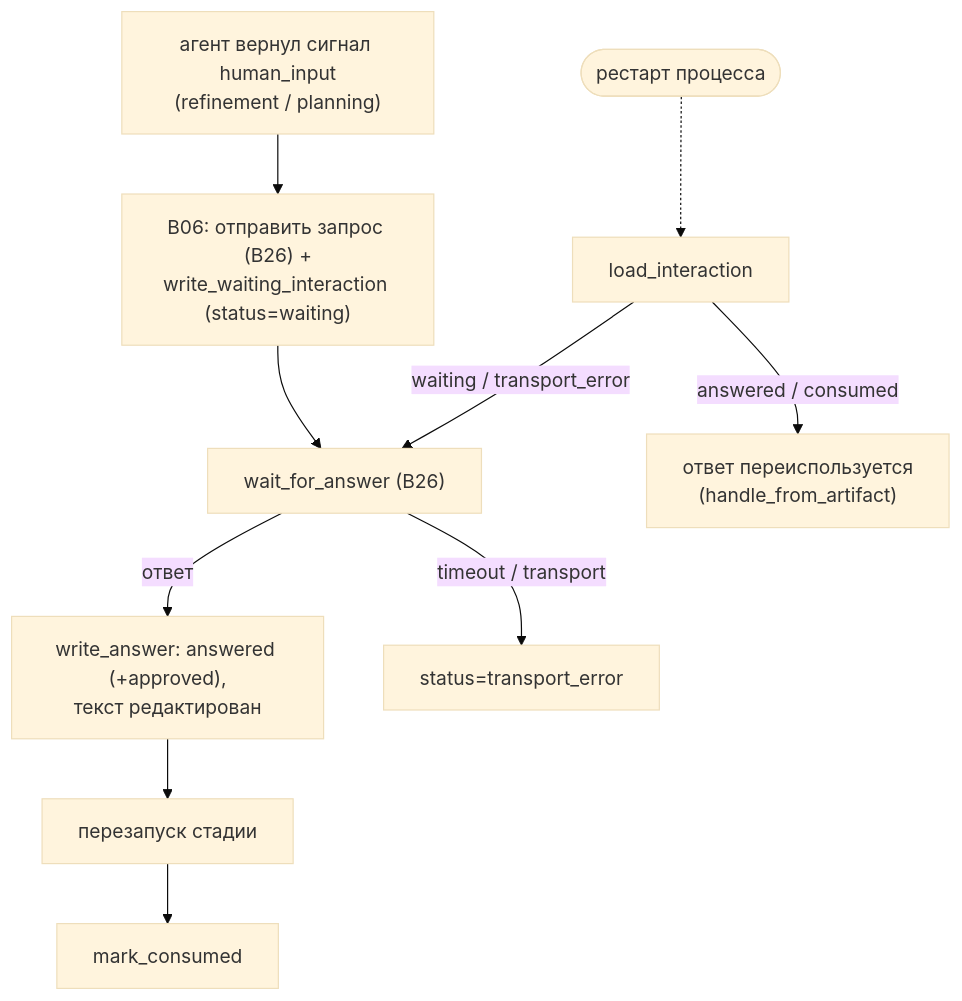
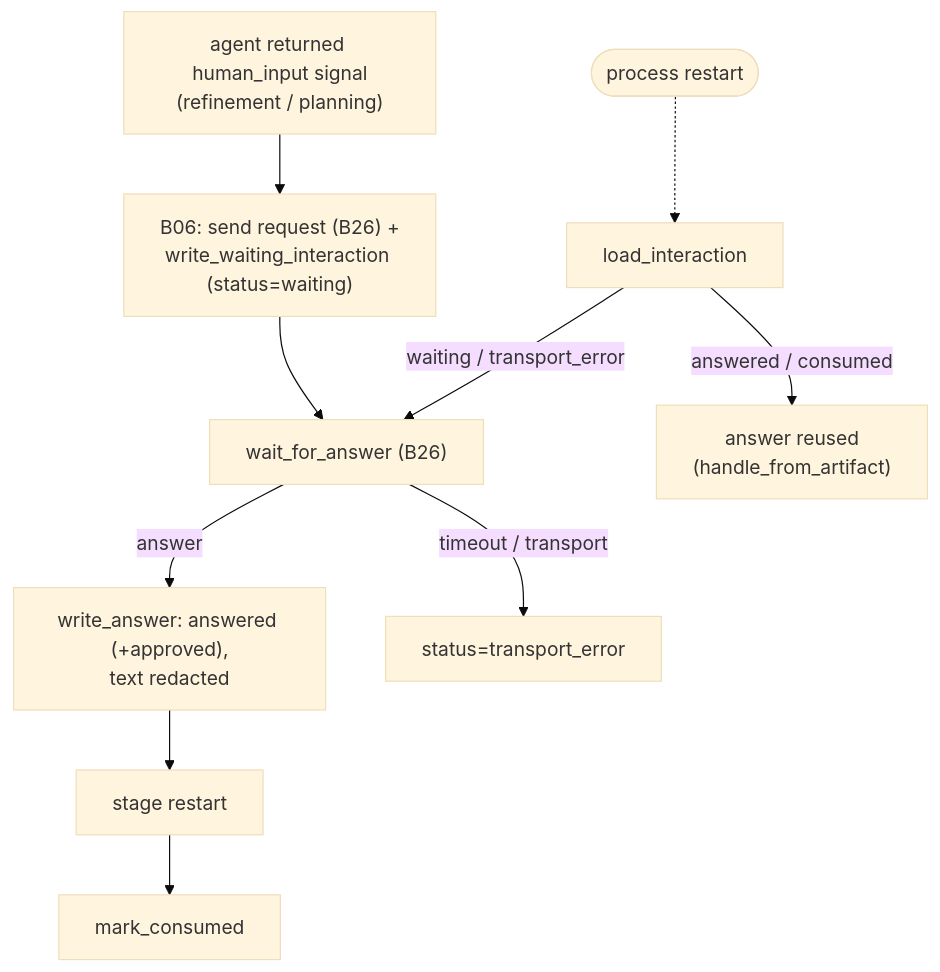
One commit to VladimirMakarevich/wastech-orchestrator changed the diagram in docs/functional/blocks/B12-hitl-and-typed-output.md. Above: the diagram before and after it, drawn with Mermaid (base theme). The commit also changed other lines of this file and 41 other files, not shown here.

Commit message:
docs: translate system flows documentation from Russian to English, ensuring clarity and consistency in terminology. Update sequence diagrams and flowcharts to reflect the changes in language. Maintain the structure and references to blocks for ease of navigation.

````diff
--- a/docs/functional/blocks/B12-hitl-and-typed-output.md
+++ b/docs/functional/blocks/B12-hitl-and-typed-output.md
@@ -47,12 +47,12 @@
 ```mermaid
 flowchart TB
-    sig["агент вернул сигнал human_input<br/>(refinement / planning)"] --> ask["B06: отправить запрос (B26) +<br/>write_waiting_interaction (status=waiting)"]
+    sig["agent returned human_input signal<br/>(refinement / planning)"] --> ask["B06: send request (B26) +<br/>write_waiting_interaction (status=waiting)"]
     ask --> wait["wait_for_answer (B26)"]
-    wait -->|ответ| ans["write_answer: answered (+approved),<br/>текст редактирован"]
+    wait -->|answer| ans["write_answer: answered (+approved),<br/>text redacted"]
     wait -->|"timeout / transport"| terr["status=transport_error"]
-    ans --> restart["перезапуск стадии"]
+    ans --> restart["stage restart"]
     restart --> consumed["mark_consumed"]
-    crash(["рестарт процесса"]) -.-> load["load_interaction"]
+    crash(["process restart"]) -.-> load["load_interaction"]
     load -->|"waiting / transport_error"| wait
-    load -->|"answered / consumed"| reuse["ответ переиспользуется<br/>(handle_from_artifact)"]
+    load -->|"answered / consumed"| reuse["answer reused<br/>(handle_from_artifact)"]
 ```
````
